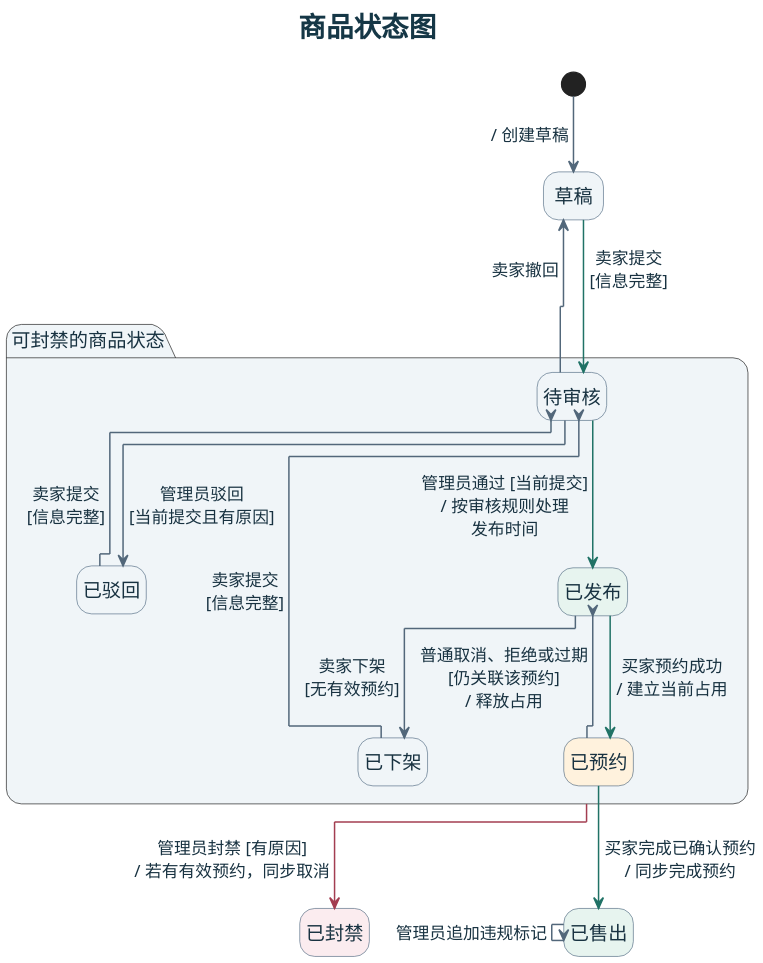
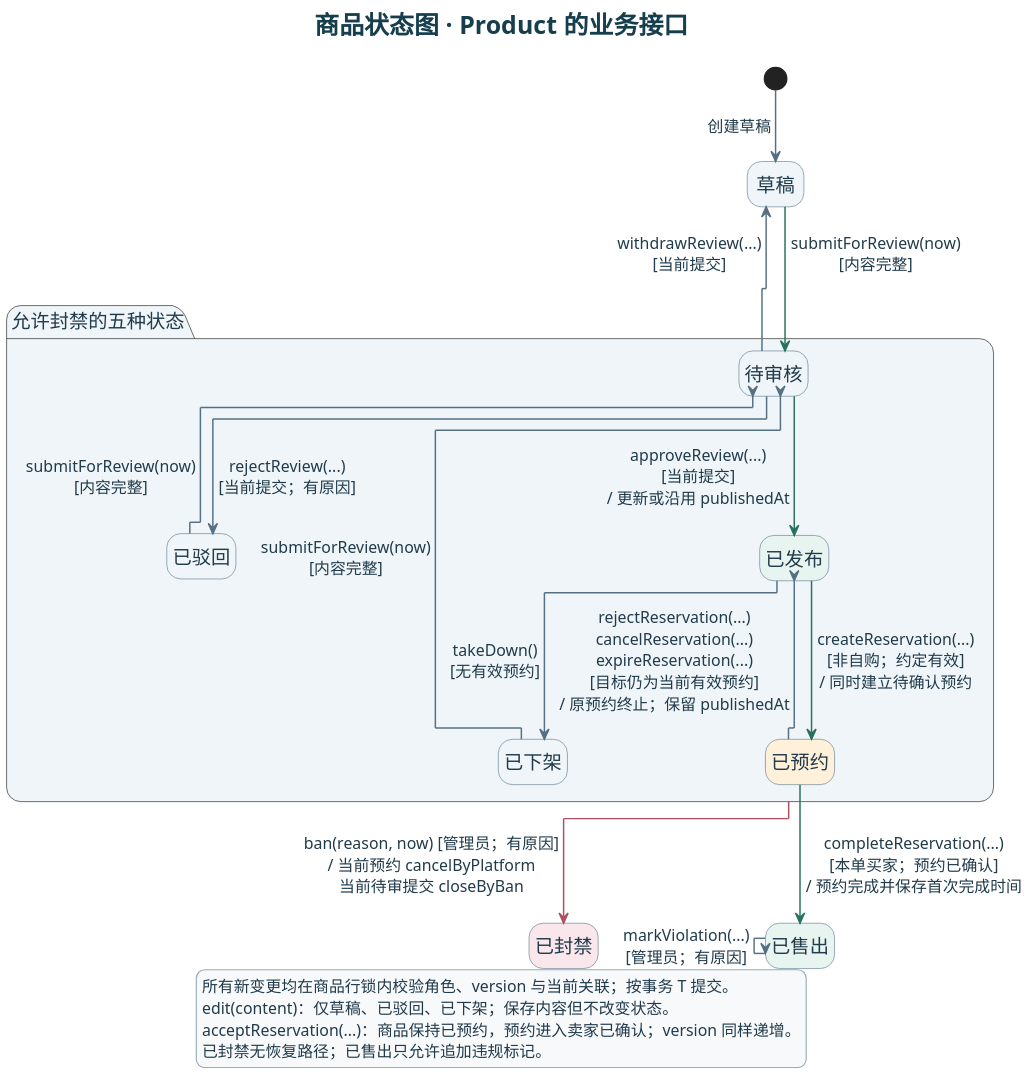
One commit to gggggg198/secondhand-trading-software changed the diagram in 实验二/UML/UML状态图_商品.puml. Above: the diagram before and after it, drawn with PlantUML. The commit also changed 63 other files, not shown here.

```diff
--- a/实验二/UML/UML状态图_商品.puml
+++ b/实验二/UML/UML状态图_商品.puml
@@ -1,47 +1,62 @@
 @startuml
-!pragma layout elk
-title 商品状态图
+
+skinparam dpi 170
+skinparam defaultFontName Microsoft YaHei
+skinparam defaultFontColor #213B4B
+skinparam titleFontColor #163E4C
+skinparam titleFontSize 22
+skinparam shadowing false
+skinparam ArrowColor #567083
+skinparam ArrowThickness 1.3
+skinparam nodesep 36
+skinparam ranksep 38
+skinparam noteBackgroundColor #F7F9FB
+skinparam noteBorderColor #99ABB8
+skinparam noteFontSize 13
+skinparam legendBackgroundColor #F7F9FB
+skinparam legendBorderColor #99ABB8
 
 hide empty description
-skinparam dpi 180
-skinparam defaultFontName Microsoft YaHei
-skinparam defaultFontColor #183241
-skinparam titleFontSize 23
-skinparam shadowing false
-skinparam titleFontColor #153746
-skinparam ArrowThickness 1.25
-skinparam nodesep 36
-skinparam ranksep 39
-skinparam stateFontSize 16
+skinparam stateBackgroundColor #EFF5F8
+skinparam stateBorderColor #507084
+skinparam stateFontSize 17
 skinparam stateArrowFontSize 14
-skinparam ArrowColor #52677A
-skinparam stateBackgroundColor #F0F5F8
-skinparam stateBorderColor #45617A
-skinparam stateStartColor #36556F
+
+!pragma layout elk
+
+title 商品状态图 · Product 的业务接口
 
 state "草稿" as Draft
-state "可封禁的商品状态" as Bannable {
+state "允许封禁的五种状态" as Bannable {
   state "待审核" as Reviewing
   state "已驳回" as Rejected
-  state "已发布" as Published #E7F4EF
+  state "已发布" as Published #E8F4EF
   state "已下架" as OffShelf
-  state "已预约" as Reserved #FFF2DD
+  state "已预约" as Reserved #FFF1D9
 
-  Reviewing --> Rejected : 管理员驳回\n[当前提交且有原因]
-  Rejected --> Reviewing : 卖家提交\n[信息完整]
-  Reviewing -[#207266]-> Published : 管理员通过 [当前提交]\n/ 按审核规则处理\n发布时间
-  Published --> OffShelf : 卖家下架\n[无有效预约]
-  OffShelf --> Reviewing : 卖家提交\n[信息完整]
-  Published -[#207266]-> Reserved : 买家预约成功\n/ 建立当前占用
-  Reserved --> Published : 普通取消、拒绝或过期\n[仍关联该预约]\n/ 释放占用
+  Reviewing --> Rejected : rejectReview(...)\n[当前提交；有原因]
+  Rejected --> Reviewing : submitForReview(now)\n[内容完整]
+  Reviewing -[#26725E]-> Published : approveReview(...)\n[当前提交]\n/ 更新或沿用 publishedAt
+  Published --> OffShelf : takeDown()\n[无有效预约]
+  OffShelf --> Reviewing : submitForReview(now)\n[内容完整]
+  Published -[#26725E]-> Reserved : createReservation(...)\n[非自购；约定有效]\n/ 同时建立待确认预约
+  Reserved --> Published : rejectReservation(...)\ncancelReservation(...)\nexpireReservation(...)\n[目标仍为当前有效预约]\n/ 原预约终止；保留 publishedAt
 }
-state "已售出" as Sold #E7F4EF
-state "已封禁" as Banned #FBECEF
+state "已售出" as Sold #E8F4EF
+state "已封禁" as Banned #F9E7EB
 
-[*] --> Draft : / 创建草稿
-Draft -right[#207266]-> Reviewing : 卖家提交\n[信息完整]
-Reviewing -left-> Draft : 卖家撤回
-Reserved -[#207266]-> Sold : 买家完成已确认预约\n/ 同步完成预约
-Sold --> Sold : 管理员追加违规标记
-Bannable -[#A33E51]-> Banned : 管理员封禁 [有原因]\n/ 若有有效预约，同步取消
+[*] --> Draft : 创建草稿
+Draft -right[#26725E]-> Reviewing : submitForReview(now)\n[内容完整]
+Reviewing -left-> Draft : withdrawReview(...)\n[当前提交]
+Reserved -[#26725E]-> Sold : completeReservation(...)\n[本单买家；预约已确认]\n/ 预约完成并保存首次完成时间
+Sold --> Sold : markViolation(...)\n[管理员；有原因]
+Bannable -[#AE4F62]-> Banned : ban(reason, now) [管理员；有原因]\n/ 当前预约 cancelByPlatform\n当前待审提交 closeByBan
+
+legend bottom
+  所有新变更均在商品行锁内校验角色、version 与当前关联；按事务 T 提交。
+  edit(content)：仅草稿、已驳回、已下架；保存内容但不改变状态。
+  acceptReservation(...)：商品保持已预约，预约进入卖家已确认；version 同样递增。
+  已封禁无恢复路径；已售出只允许追加违规标记。
+endlegend
+
 @enduml
```
